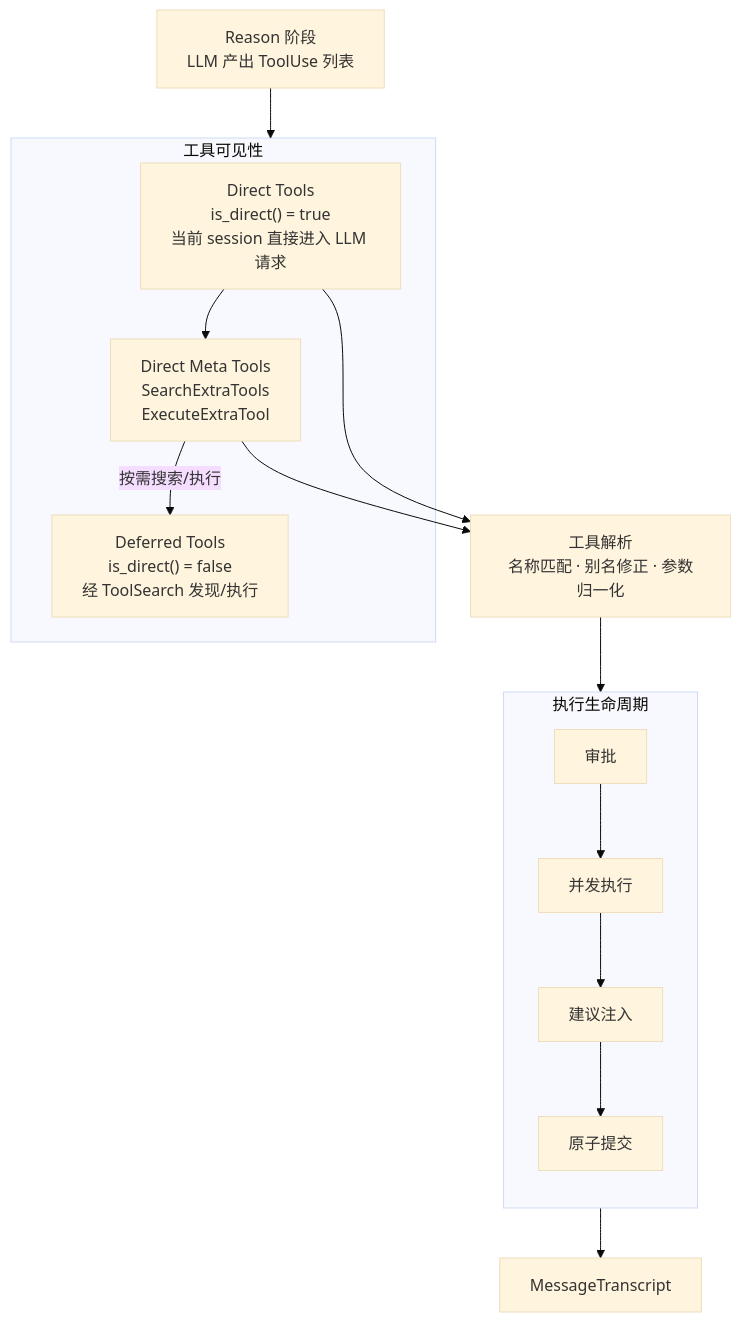
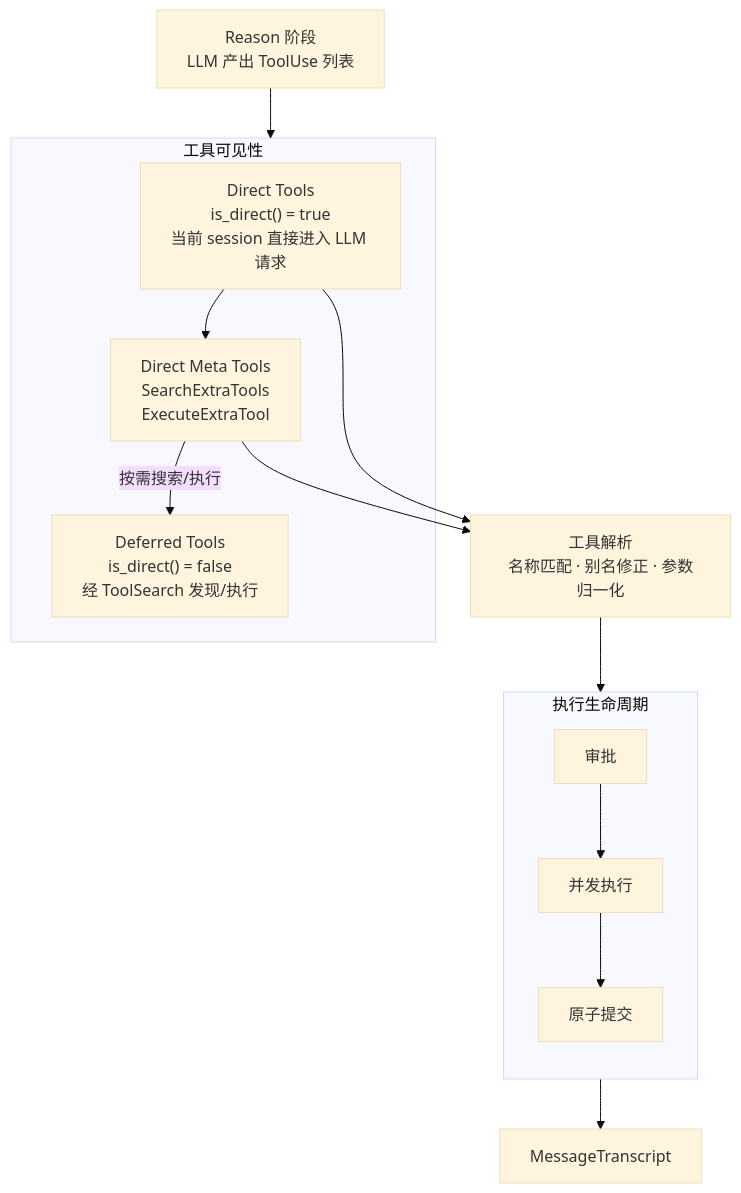
Before and after one commit to KonghaYao/peri: the diagram in docs/design/tool-system.md, drawn with Mermaid (base theme). The commit also changed other lines of this file and 79 other files, not shown here.

````diff
--- a/docs/design/tool-system.md
+++ b/docs/design/tool-system.md
@@ -20,31 +20,30 @@
 ```mermaid
 graph TB
     REASON["Reason 阶段<br/>LLM 产出 ToolUse 列表"]
 
     REASON --> LAYER
 
     subgraph LAYER["工具可见性"]
         DIRECT["Direct Tools<br/>is_direct() = true<br/>当前 session 直接进入 LLM 请求"]
         META["Direct Meta Tools<br/>SearchExtraTools<br/>ExecuteExtraTool"]
         DEFER["Deferred Tools<br/>is_direct() = false<br/>经 ToolSearch 发现/执行"]
 
         DIRECT --> META
         META -->|"按需搜索/执行"| DEFER
     end
 
     DIRECT & META --> RESOLVE["工具解析<br/>名称匹配 · 别名修正 · 参数归一化"]
 
     RESOLVE --> LIFECYCLE
 
     subgraph LIFECYCLE["执行生命周期"]
         direction TB
         APPROVE["审批"]
         EXEC["并发执行"]
-        SUGGEST["建议注入"]
         COMMIT["原子提交"]
     end
 
-    APPROVE --> EXEC --> SUGGEST --> COMMIT
+    APPROVE --> EXEC --> COMMIT
 
     COMMIT --> TRANSCRIPT["MessageTranscript"]
 ```
````
